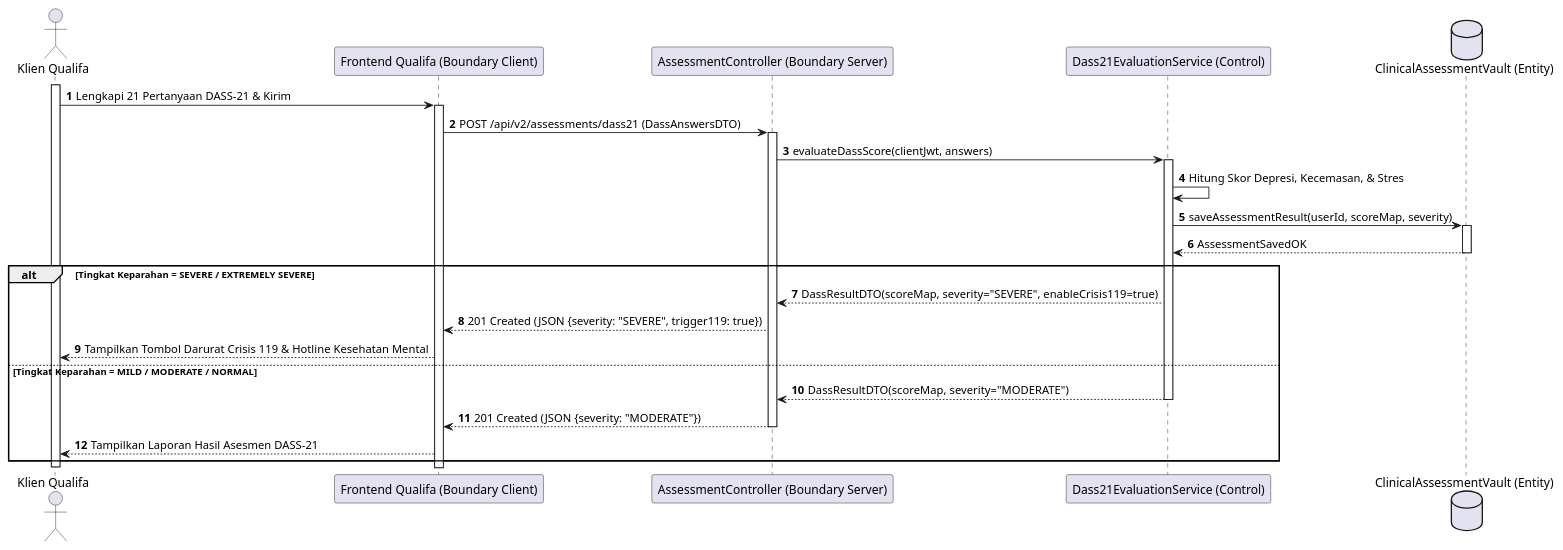
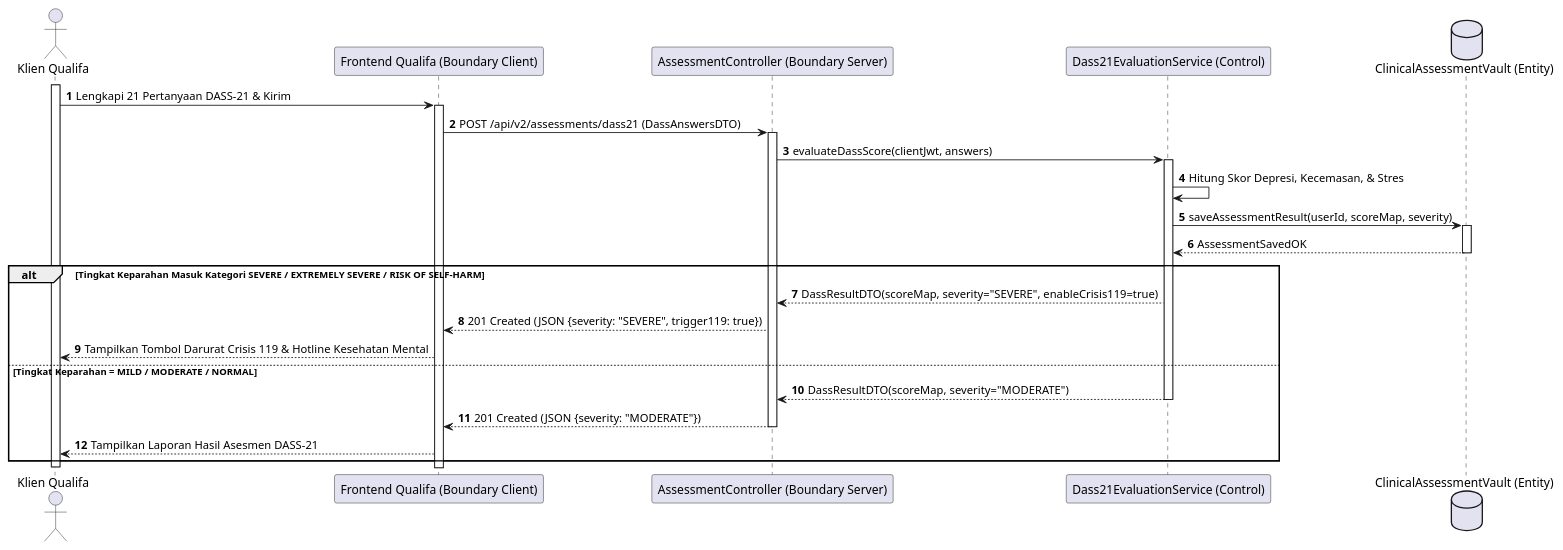
Before and after one commit to tupperwureism/SuperApp-Gagal: diagram 23 of 28 in MarkDown/plantuml_sequence_diagrams.md, drawn with PlantUML. The commit also changed other lines of this file and 1 other file, not shown here.

Commit message:
docs: Deep 1-to-1 logical synchronization across all 28 Sequence Diagrams with AD branches

````diff
--- a/MarkDown/plantuml_sequence_diagrams.md
+++ b/MarkDown/plantuml_sequence_diagrams.md
@@ -1120,29 +1254,29 @@
 ```plantuml
 @startuml
 autonumber
 actor "Klien Qualifa" as User
 participant "Frontend Qualifa (Boundary Client)" as B_FE
 participant "AssessmentController (Boundary Server)" as B_BE
 participant "Dass21EvaluationService (Control)" as C_Svc
 database "ClinicalAssessmentVault (Entity)" as E_DB
 
 activate User
 User -> B_FE ++ : Lengkapi 21 Pertanyaan DASS-21 & Kirim
 B_FE -> B_BE ++ : POST /api/v2/assessments/dass21 (DassAnswersDTO)
 B_BE -> C_Svc ++ : evaluateDassScore(clientJwt, answers)
 C_Svc -> C_Svc : Hitung Skor Depresi, Kecemasan, & Stres
 C_Svc -> E_DB ++ : saveAssessmentResult(userId, scoreMap, severity)
 E_DB --> C_Svc -- : AssessmentSavedOK
 
-alt Tingkat Keparahan = SEVERE / EXTREMELY SEVERE
+alt Tingkat Keparahan Masuk Kategori SEVERE / EXTREMELY SEVERE / RISK OF SELF-HARM
     C_Svc --> B_BE : DassResultDTO(scoreMap, severity="SEVERE", enableCrisis119=true)
     B_BE --> B_FE : 201 Created (JSON {severity: "SEVERE", trigger119: true})
     B_FE --> User : Tampilkan Tombol Darurat Crisis 119 & Hotline Kesehatan Mental
 else Tingkat Keparahan = MILD / MODERATE / NORMAL
     C_Svc --> B_BE -- : DassResultDTO(scoreMap, severity="MODERATE")
     B_BE --> B_FE -- : 201 Created (JSON {severity: "MODERATE"})
     B_FE --> User : Tampilkan Laporan Hasil Asesmen DASS-21
 end
 deactivate User
 @enduml
 ```
````
